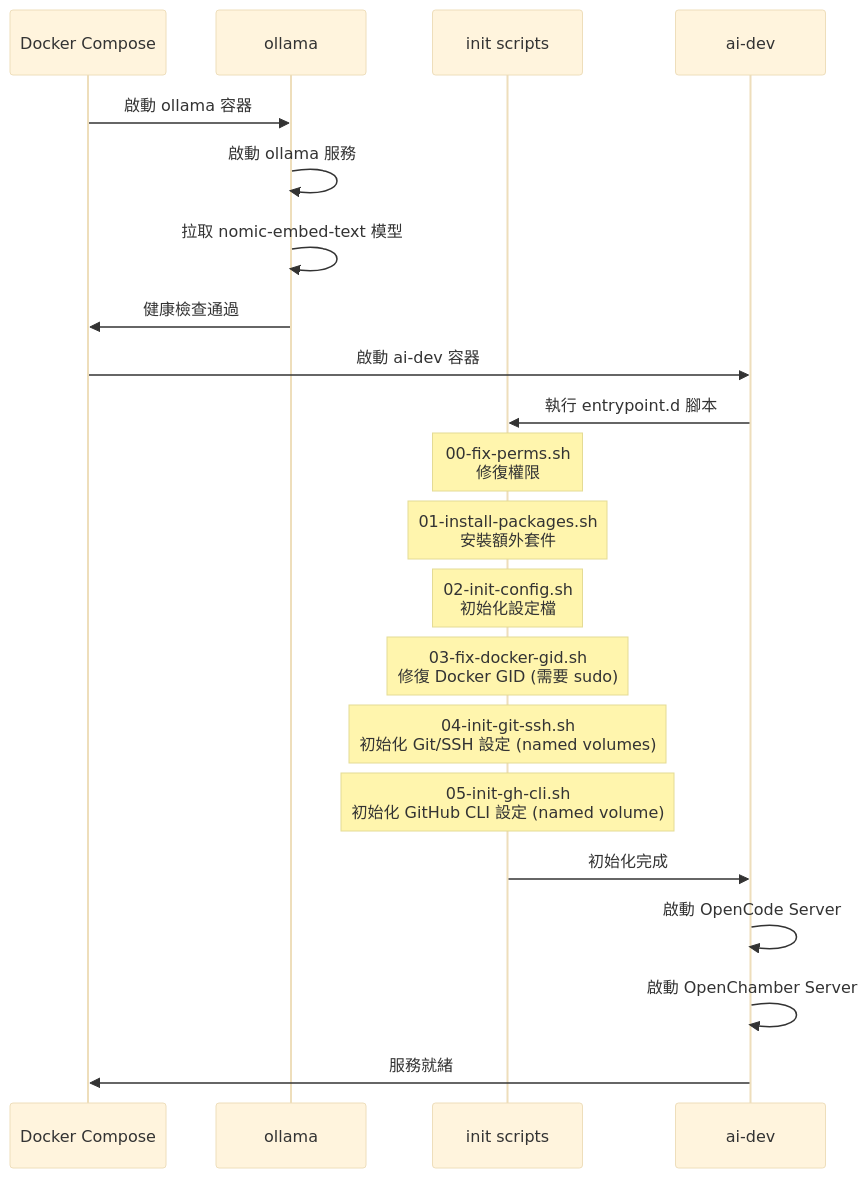
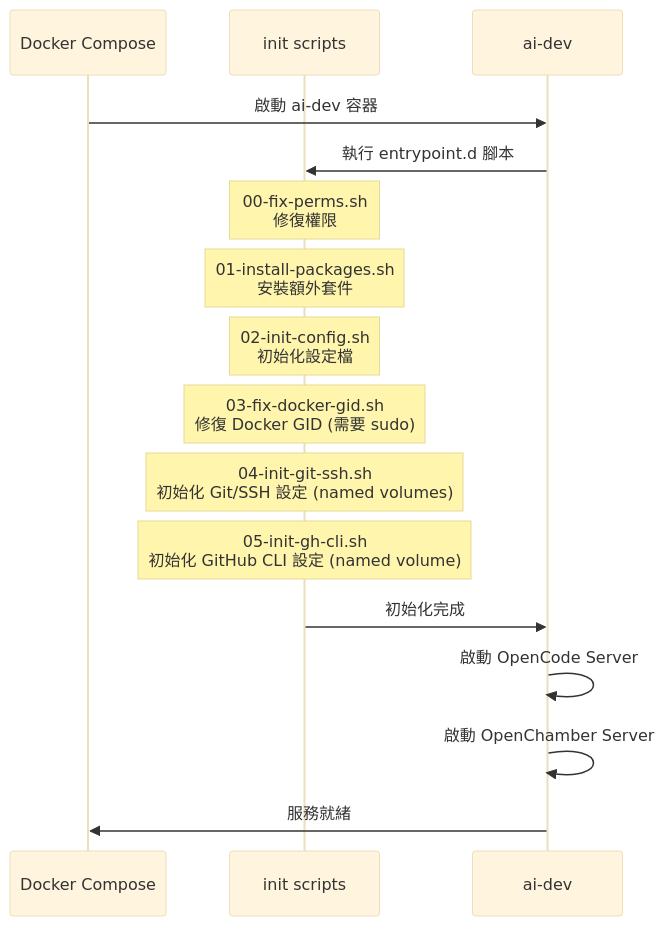
Before and after one commit to tryweb/ai-engkit: the ninth of 11 diagrams in docs/ARCHITECTURE.md, drawn with Mermaid (base theme). The commit also changed other lines of this file and 4 other files, not shown here.

````diff
--- a/docs/ARCHITECTURE.md
+++ b/docs/ARCHITECTURE.md
@@ -365,32 +301,26 @@
 ```mermaid
 sequenceDiagram
     participant D as Docker Compose
-    participant O as ollama
     participant I as init scripts
     participant A as ai-dev
 
-    D->>O: 啟動 ollama 容器
-    O->>O: 啟動 ollama 服務
-    O->>O: 拉取 nomic-embed-text 模型
-    O->>D: 健康檢查通過
-    
     D->>A: 啟動 ai-dev 容器
     A->>I: 執行 entrypoint.d 腳本
     
     Note over I: 00-fix-perms.sh<br/>修復權限
     
     Note over I: 01-install-packages.sh<br/>安裝額外套件
     
     Note over I: 02-init-config.sh<br/>初始化設定檔
     
     Note over I: 03-fix-docker-gid.sh<br/>修復 Docker GID (需要 sudo)
 
     Note over I: 04-init-git-ssh.sh<br/>初始化 Git/SSH 設定 (named volumes)
     
     Note over I: 05-init-gh-cli.sh<br/>初始化 GitHub CLI 設定 (named volume)
     
     I->>A: 初始化完成
     A->>A: 啟動 OpenCode Server
     A->>A: 啟動 OpenChamber Server
     A->>D: 服務就緒
 ```
````
